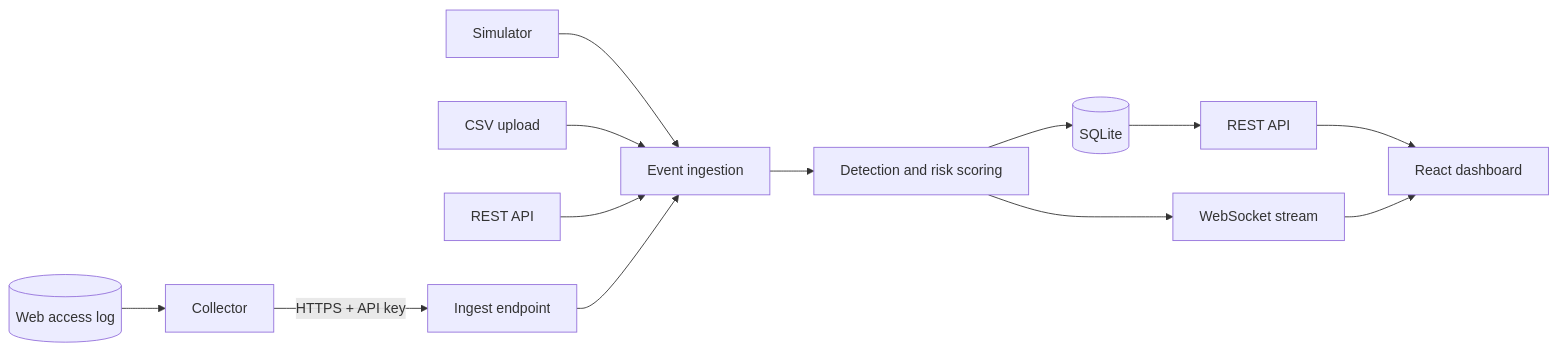
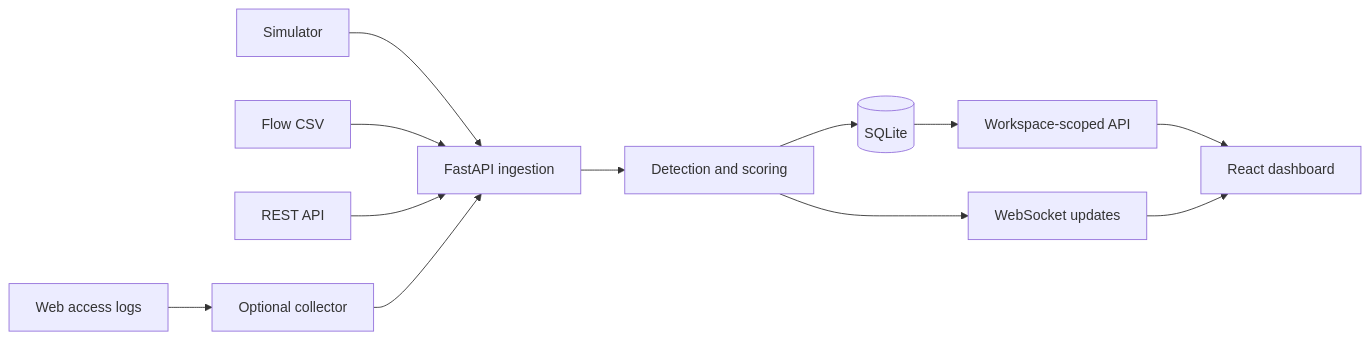
One commit to nooruddin011/NetSentinel changed the diagram in README.md. Above: the diagram before and after it, drawn with Mermaid. The commit also changed other lines of this file, not shown here.

````diff
--- a/README.md
+++ b/README.md
@@ -202,15 +36,14 @@
 ```mermaid
 flowchart LR
-  SIM[Simulator] --> INGEST[Event ingestion]
-  CSV[CSV upload] --> INGEST
+  LOG[Web access logs] --> COL[Optional collector]
+  SIM[Simulator] --> INGEST[FastAPI ingestion]
+  CSV[Flow CSV] --> INGEST
   API[REST API] --> INGEST
-  LOG[(Web access log)] --> COL[Collector]
-  COL -- "HTTPS + API key" --> DOOR[Ingest endpoint]
-  DOOR --> INGEST
-  INGEST --> DETECT[Detection and risk scoring]
+  COL --> INGEST
+  INGEST --> DETECT[Detection and scoring]
   DETECT --> DB[(SQLite)]
-  DETECT --> WS[WebSocket stream]
-  DB --> REST[REST API]
+  DETECT --> WS[WebSocket updates]
+  DB --> REST[Workspace-scoped API]
   REST --> UI[React dashboard]
   WS --> UI
 ```
````
